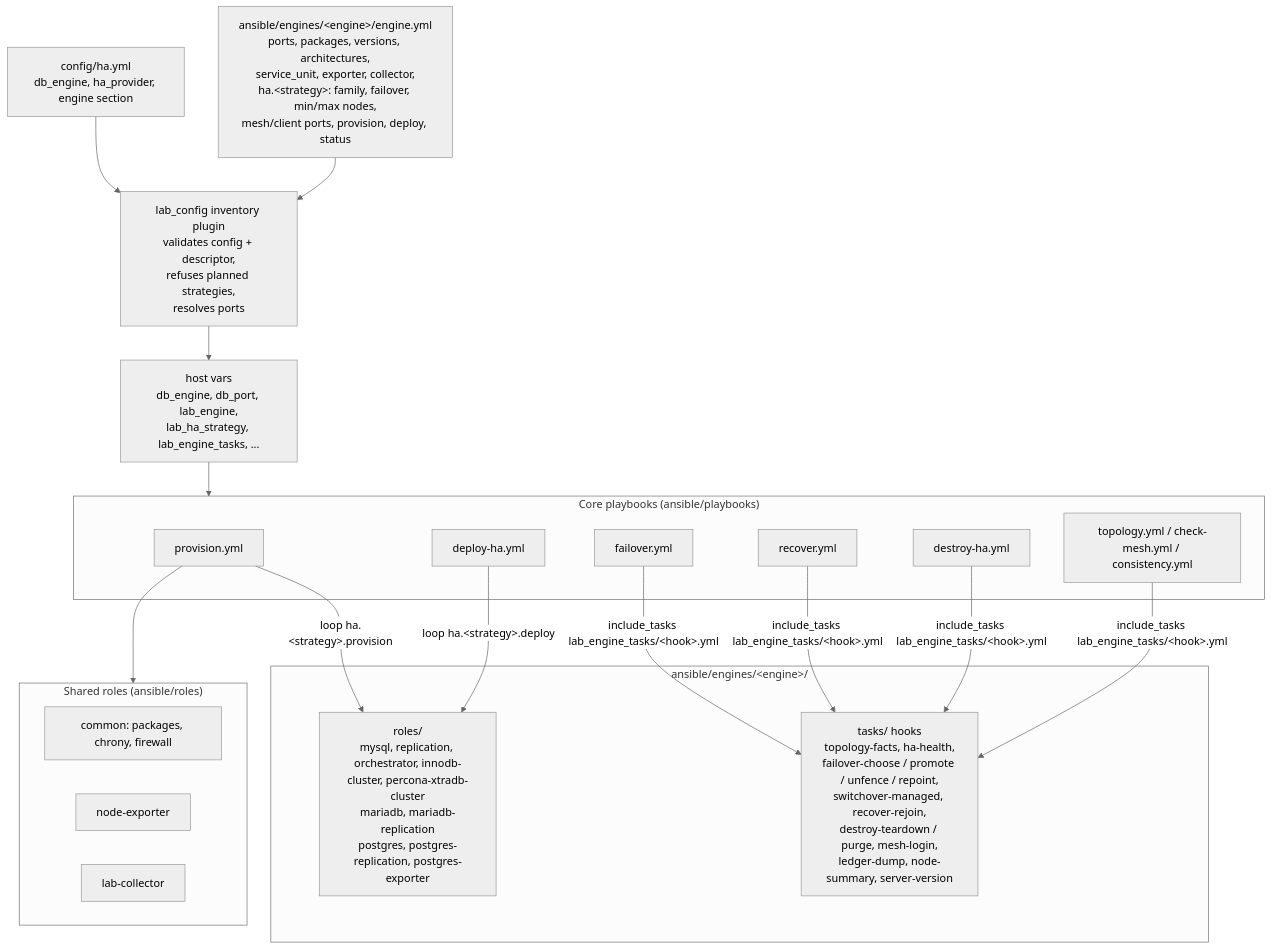
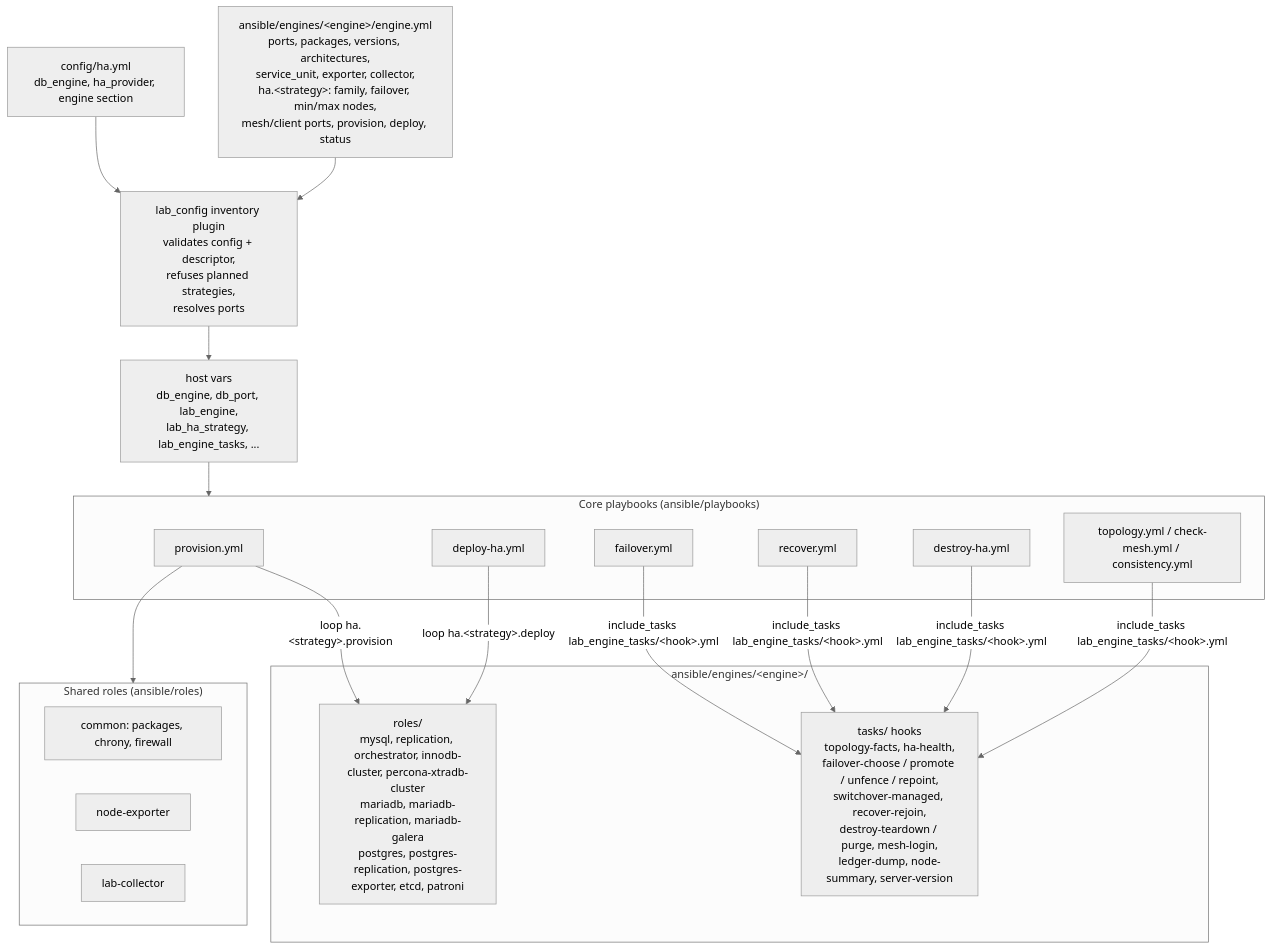
The second of 5 diagrams in docs/architecture/diagrams.md (Aldiwildan77/database-ha-lab), drawn with Mermaid before and after one commit. The commit also changed other lines of this file and 65 other files, not shown here.

Commit message:
feat: MariaDB Galera and PostgreSQL Patroni strategies (#3)

````diff
--- a/docs/architecture/diagrams.md
+++ b/docs/architecture/diagrams.md
@@ -56,33 +56,33 @@
 ```mermaid
 %%{init: {'theme': 'neutral'}}%%
 flowchart TB
   HAY["config/ha.yml<br/>db_engine, ha_provider, engine section"] --> PLUG
   DESC["ansible/engines/&lt;engine&gt;/engine.yml<br/>ports, packages, versions, architectures,<br/>service_unit, exporter, collector,<br/>ha.&lt;strategy&gt;: family, failover, min/max nodes,<br/>mesh/client ports, provision, deploy, status"] --> PLUG
   PLUG["lab_config inventory plugin<br/>validates config + descriptor,<br/>refuses planned strategies,<br/>resolves ports"] --> VARS["host vars<br/>db_engine, db_port, lab_engine,<br/>lab_ha_strategy, lab_engine_tasks, ..."]
 
   VARS --> CORE
   subgraph CORE["Core playbooks (ansible/playbooks)"]
     P1["provision.yml"]
     P2["deploy-ha.yml"]
     P3["failover.yml"]
     P4["recover.yml"]
     P5["destroy-ha.yml"]
     P6["topology.yml / check-mesh.yml / consistency.yml"]
   end
 
   P1 -->|"loop ha.&lt;strategy&gt;.provision"| ROLES
   P2 -->|"loop ha.&lt;strategy&gt;.deploy"| ROLES
   P3 & P4 & P5 & P6 -->|"include_tasks lab_engine_tasks/&lt;hook&gt;.yml"| HOOKS
 
   subgraph ENG["ansible/engines/&lt;engine&gt;/"]
-    ROLES["roles/<br/>mysql, replication, orchestrator, innodb-cluster, percona-xtradb-cluster<br/>mariadb, mariadb-replication<br/>postgres, postgres-replication, postgres-exporter"]
+    ROLES["roles/<br/>mysql, replication, orchestrator, innodb-cluster, percona-xtradb-cluster<br/>mariadb, mariadb-replication, mariadb-galera<br/>postgres, postgres-replication, postgres-exporter, etcd, patroni"]
     HOOKS["tasks/ hooks<br/>topology-facts, ha-health,<br/>failover-choose / promote / unfence / repoint,<br/>switchover-managed, recover-rejoin,<br/>destroy-teardown / purge, mesh-login,<br/>ledger-dump, node-summary, server-version"]
   end
 
   subgraph SHARED["Shared roles (ansible/roles)"]
     R1["common: packages, chrony, firewall"]
     R2["node-exporter"]
     R3["lab-collector"]
   end
   P1 --> SHARED
 ```
````
